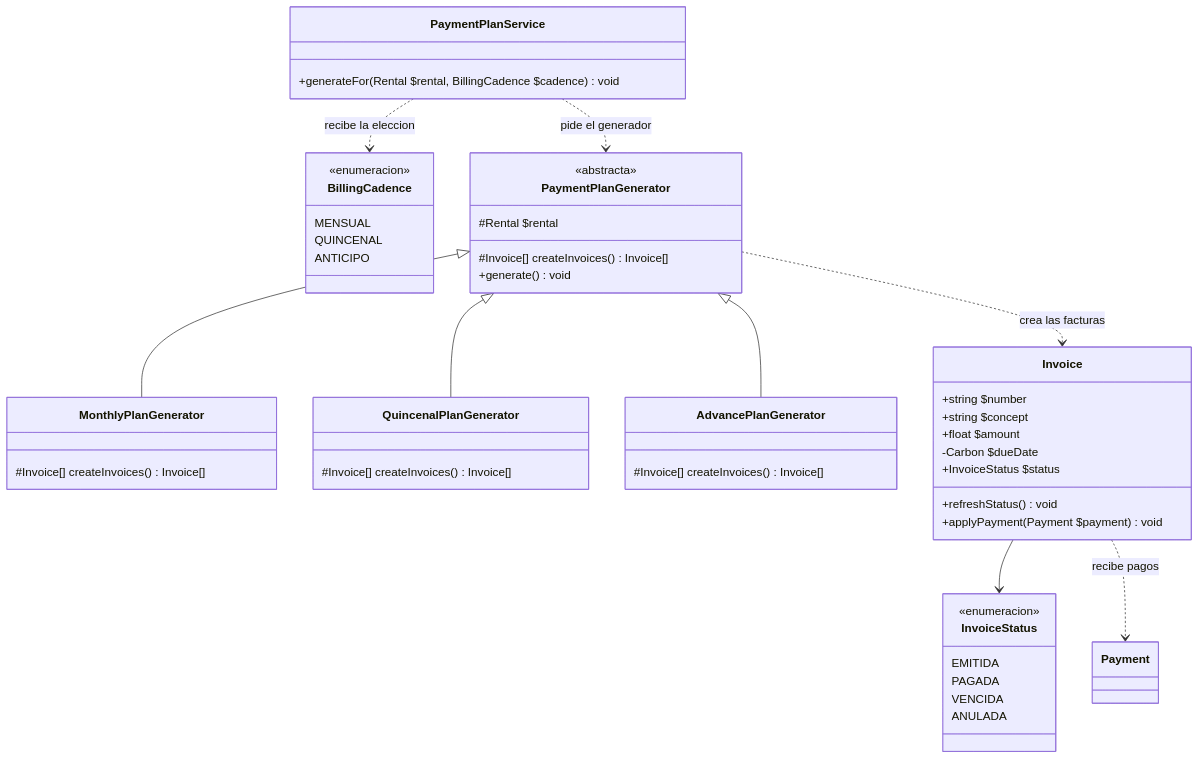
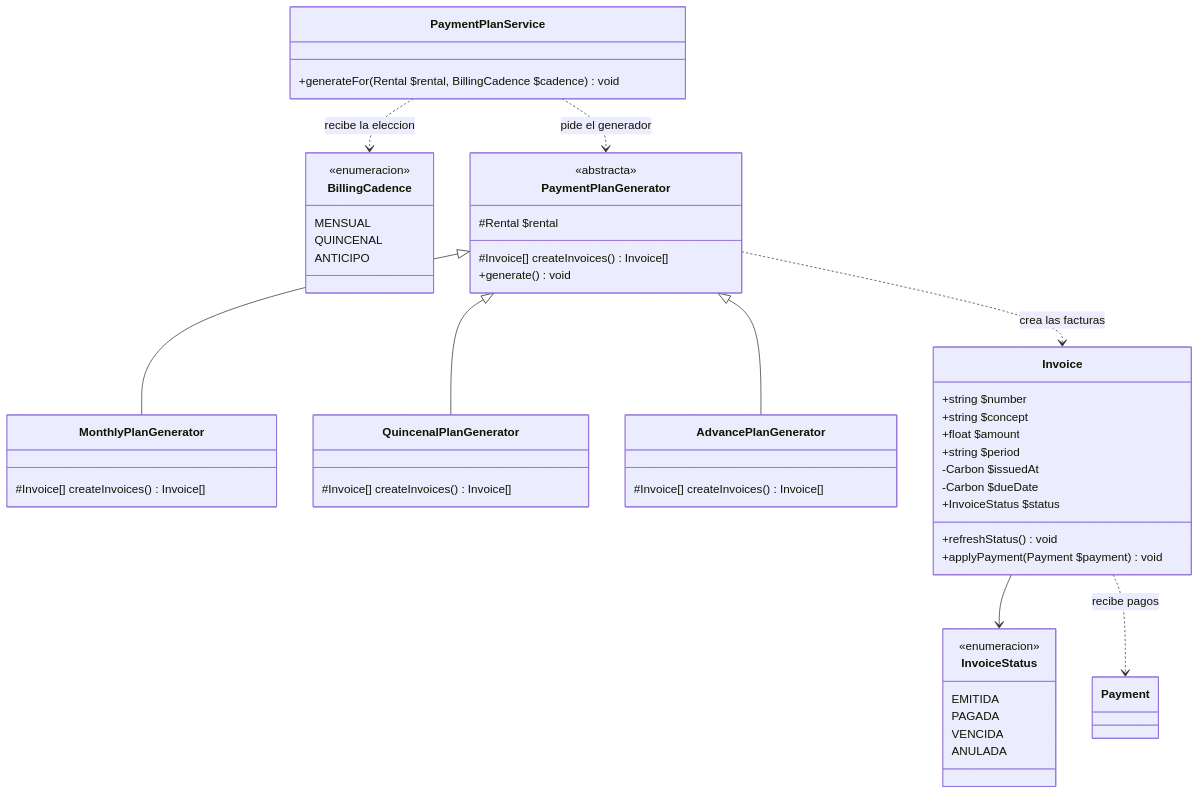
The sixth of 7 diagrams in PLAN-UML-PATRONES.md (diegocastro-ac/prometheus), drawn with Mermaid before and after one commit. The commit also changed other lines of this file and 83 other files, not shown here.

````diff
--- a/PLAN-UML-PATRONES.md
+++ b/PLAN-UML-PATRONES.md
@@ -352,61 +350,63 @@
 ```mermaid
 classDiagram
     direction TB
 
     class PaymentPlanService {
         +generateFor(Rental $rental, BillingCadence $cadence) void
     }
 
     class BillingCadence {
         <<enumeracion>>
         MENSUAL
         QUINCENAL
         ANTICIPO
     }
 
     class PaymentPlanGenerator {
         <<abstracta>>
         #Rental $rental
         #Invoice[] createInvoices() Invoice[]
         +generate() void
     }
 
     class MonthlyPlanGenerator {
         #Invoice[] createInvoices() Invoice[]
     }
 
     class QuincenalPlanGenerator {
         #Invoice[] createInvoices() Invoice[]
     }
 
     class AdvancePlanGenerator {
         #Invoice[] createInvoices() Invoice[]
     }
 
     class Invoice {
         +string $number
         +string $concept
         +float $amount
+        +string $period
+        -Carbon $issuedAt
         -Carbon $dueDate
         +InvoiceStatus $status
         +refreshStatus() void
         +applyPayment(Payment $payment) void
     }
 
     class InvoiceStatus {
         <<enumeracion>>
         EMITIDA
         PAGADA
         VENCIDA
         ANULADA
     }
 
     PaymentPlanService ..> BillingCadence : recibe la eleccion
     PaymentPlanService ..> PaymentPlanGenerator : pide el generador
     PaymentPlanGenerator <|-- MonthlyPlanGenerator
     PaymentPlanGenerator <|-- QuincenalPlanGenerator
     PaymentPlanGenerator <|-- AdvancePlanGenerator
     PaymentPlanGenerator ..> Invoice : crea las facturas
     Invoice --> InvoiceStatus
     Invoice ..> Payment : recibe pagos
 ```
````
